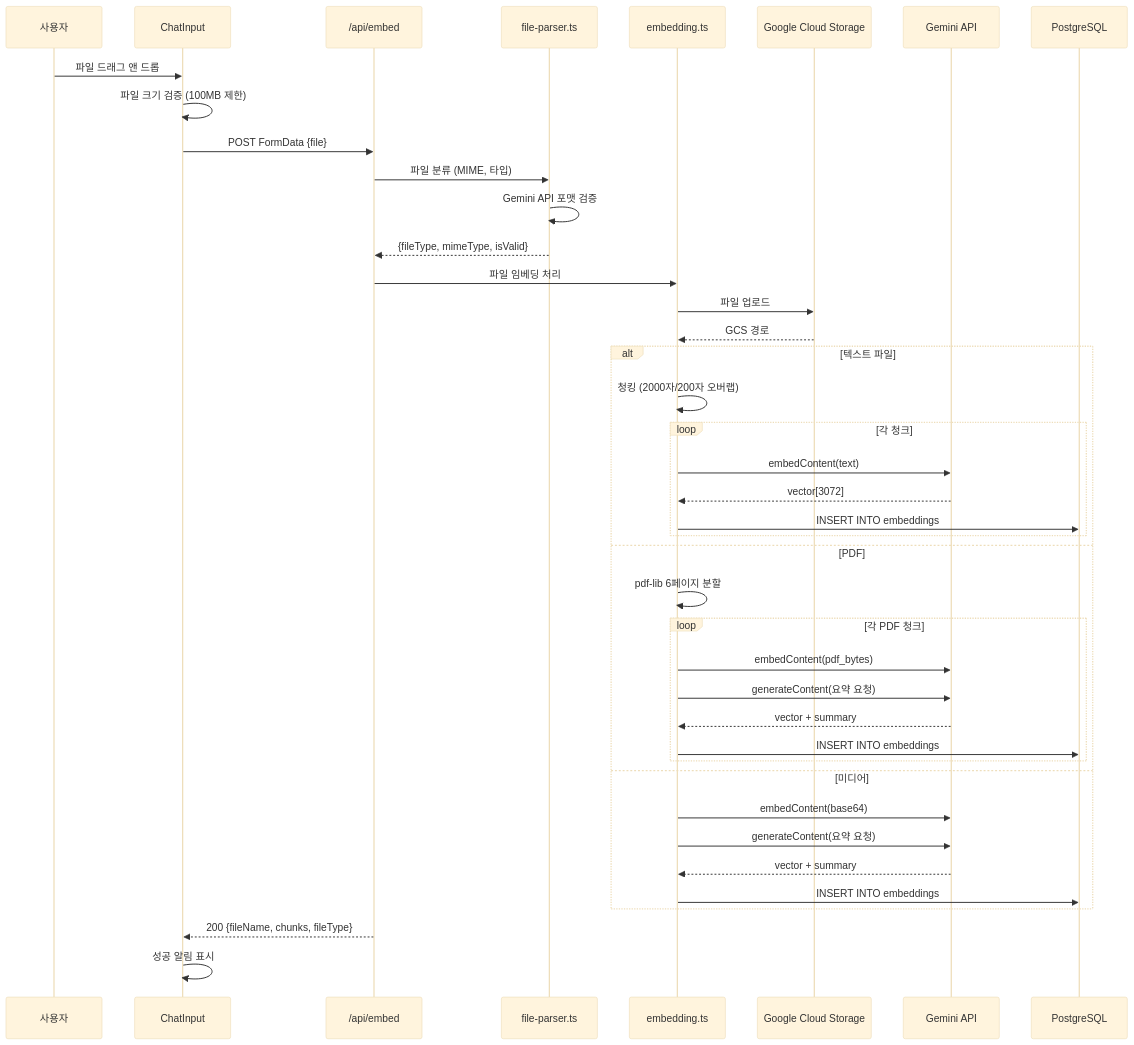
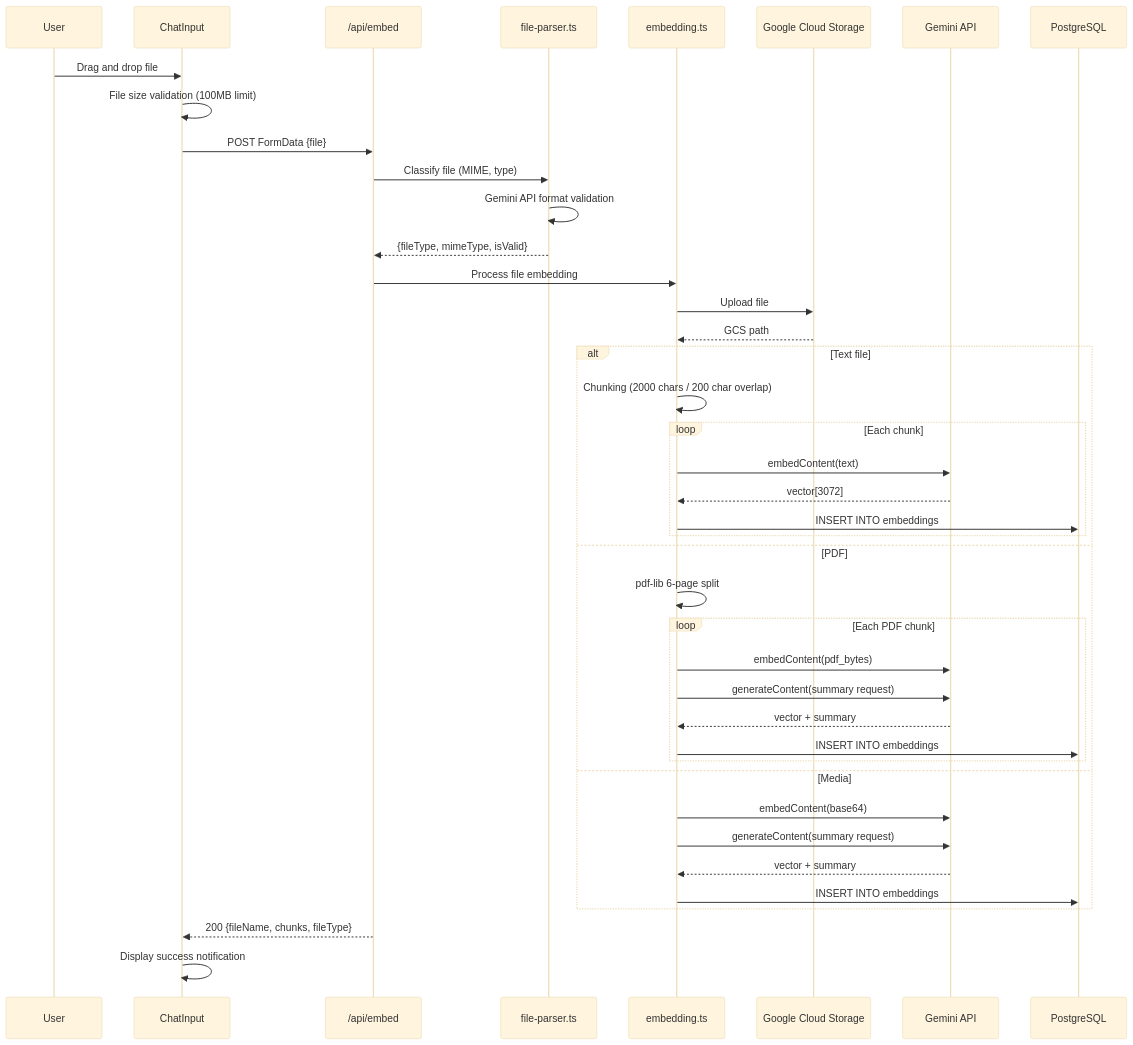
Before and after one commit to midasol/gemini-embedding-2: the tenth of 12 diagrams in docs/ko/ARCHITECTURE.md, drawn with Mermaid (base theme). The commit also changed other lines of this file and 17 other files, not shown here.

````diff
--- a/docs/ko/ARCHITECTURE.md
+++ b/docs/ko/ARCHITECTURE.md
@@ -438,49 +438,49 @@
 ```mermaid
 sequenceDiagram
-    participant User as 사용자
+    participant User as User
     participant Input as ChatInput
     participant EmbedAPI as /api/embed
     participant Parser as file-parser.ts
     participant Embed as embedding.ts
     participant GCS as Google Cloud Storage
     participant Gemini as Gemini API
     participant DB as PostgreSQL
 
-    User->>Input: 파일 드래그 앤 드롭
-    Input->>Input: 파일 크기 검증 (100MB 제한)
+    User->>Input: Drag and drop file
+    Input->>Input: File size validation (100MB limit)
     Input->>EmbedAPI: POST FormData {file}
 
-    EmbedAPI->>Parser: 파일 분류 (MIME, 타입)
-    Parser->>Parser: Gemini API 포맷 검증
+    EmbedAPI->>Parser: Classify file (MIME, type)
+    Parser->>Parser: Gemini API format validation
     Parser-->>EmbedAPI: {fileType, mimeType, isValid}
 
-    EmbedAPI->>Embed: 파일 임베딩 처리
+    EmbedAPI->>Embed: Process file embedding
 
-    Embed->>GCS: 파일 업로드
-    GCS-->>Embed: GCS 경로
+    Embed->>GCS: Upload file
+    GCS-->>Embed: GCS path
 
-    alt 텍스트 파일
-        Embed->>Embed: 청킹 (2000자/200자 오버랩)
-        loop 각 청크
+    alt Text file
+        Embed->>Embed: Chunking (2000 chars / 200 char overlap)
+        loop Each chunk
             Embed->>Gemini: embedContent(text)
             Gemini-->>Embed: vector[3072]
             Embed->>DB: INSERT INTO embeddings
         end
     else PDF
-        Embed->>Embed: pdf-lib 6페이지 분할
-        loop 각 PDF 청크
+        Embed->>Embed: pdf-lib 6-page split
+        loop Each PDF chunk
             Embed->>Gemini: embedContent(pdf_bytes)
-            Embed->>Gemini: generateContent(요약 요청)
+            Embed->>Gemini: generateContent(summary request)
             Gemini-->>Embed: vector + summary
             Embed->>DB: INSERT INTO embeddings
         end
-    else 미디어
+    else Media
         Embed->>Gemini: embedContent(base64)
-        Embed->>Gemini: generateContent(요약 요청)
+        Embed->>Gemini: generateContent(summary request)
         Gemini-->>Embed: vector + summary
         Embed->>DB: INSERT INTO embeddings
     end
 
     EmbedAPI-->>Input: 200 {fileName, chunks, fileType}
-    Input->>Input: 성공 알림 표시
+    Input->>Input: Display success notification
 ```
````
